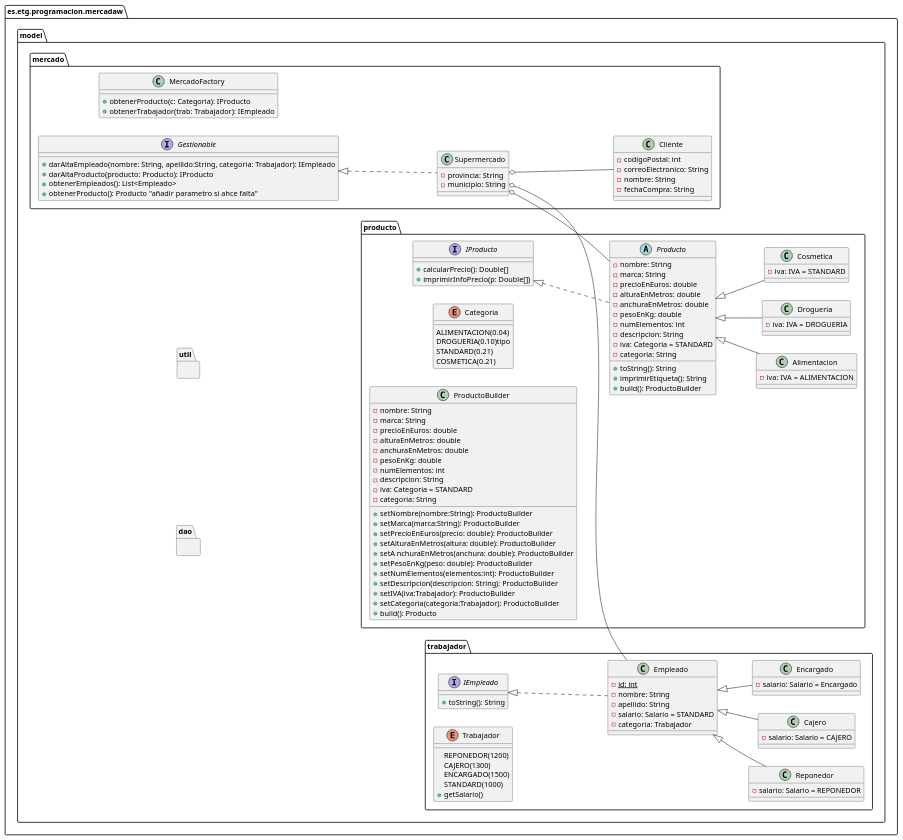
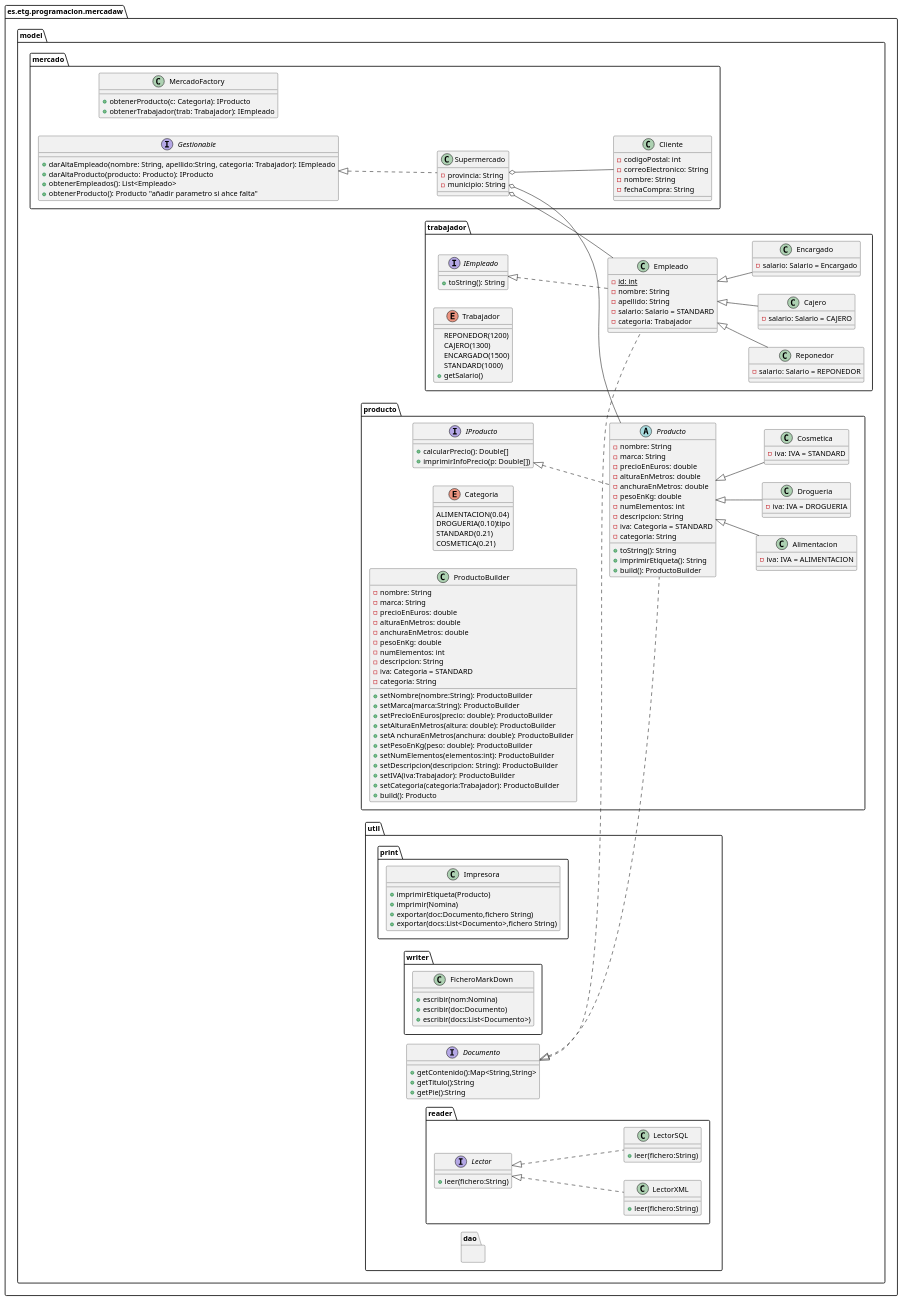
Before and after one commit to Edsonbs/MercaDAW: the first of 2 diagrams in design/DiagramaClases.pu, drawn with PlantUML.

Commit message:
Adición DiagramaClases paquete util

```diff
--- a/design/DiagramaClases.pu
+++ b/design/DiagramaClases.pu
@@ -1,152 +1,185 @@
 @startuml Diagrama clases Mercado
 set separator none
 left to right direction
 package es.etg.programacion.mercadaw{
     package model{
         package mercado{
             class Supermercado{
                     -provincia: String
                     -municipio: String
             }       
 
             
             class Cliente{
                 -codigoPostal: int
                 -correoElectronico: String
                 -nombre: String
                 -fechaCompra: String
             }
             
             
             class MercadoFactory{
                 +obtenerProducto(c: Categoria): IProducto
                 +obtenerTrabajador(trab: Trabajador): IEmpleado
             }
             interface Gestionable{
                 +darAltaEmpleado(nombre: String, apellido:String, categoria: Trabajador): IEmpleado
                 +darAltaProducto(producto: Producto): IProducto
                 +obtenerEmpleados(): List<Empleado>
                 +obtenerProducto(): Producto "añadir parametro si ahce falta"
 
             }
         }
             package producto{
                 abstract Producto{
                     -nombre: String
                     -marca: String
                     -precioEnEuros: double
                     -alturaEnMetros: double
                     -anchuraEnMetros: double
                     -pesoEnKg: double
                     -numElementos: int
                     -descripcion: String
                     -iva: Categoria = STANDARD
                     -categoria: String
                     +toString(): String
                     +imprimirEtiqueta(): String
                     +build(): ProductoBuilder
                 }
 
                 interface IProducto{
                     +calcularPrecio(): Double[]
                     +imprimirInfoPrecio(p: Double[])
                 }
                 
                 class Alimentacion{
                     -iva: IVA = ALIMENTACION
                 }
                 class Drogueria{
                     -iva: IVA = DROGUERIA
                 }
 
                 class Cosmetica{
                     -iva: IVA = STANDARD
                 }
                 enum Categoria{
                 ALIMENTACION(0.04)
                 DROGUERIA(0.10)tipo
                 STANDARD(0.21)
                 COSMETICA(0.21)
 
                 }
                 class ProductoBuilder{
                 -nombre: String
                 -marca: String
                 -precioEnEuros: double
                 -alturaEnMetros: double
                 -anchuraEnMetros: double
                 -pesoEnKg: double
                 -numElementos: int
                 -descripcion: String
                 -iva: Categoria = STANDARD
                 -categoria: String
                 +setNombre(nombre:String): ProductoBuilder
                 +setMarca(marca:String): ProductoBuilder
                 +setPrecioEnEuros(precio: double): ProductoBuilder
                 +setAlturaEnMetros(altura: double): ProductoBuilder
                 +setA nchuraEnMetros(anchura: double): ProductoBuilder
                 +setPesoEnKg(peso: double): ProductoBuilder
                 +setNumElementos(elementos:int): ProductoBuilder
                 +setDescripcion(descripcion: String): ProductoBuilder
                 +setIVA(iva:Trabajador): ProductoBuilder
                 +setCategoria(categoria:Trabajador): ProductoBuilder
                 +build(): Producto
                 }
             }
             package trabajador{
                 class Empleado{
                     -{static} id: int
                     -nombre: String
                     -apellido: String
                     -salario: Salario = STANDARD
                     -categoria: Trabajador
                 }
                 class Reponedor{
                     -salario: Salario = REPONEDOR
                 }
                 class Cajero{
                     -salario: Salario = CAJERO
                 }
                 class Encargado{
                     -salario: Salario = Encargado
                 }
 
                 interface IEmpleado{
                     +toString(): String
                 }
                 enum Trabajador {
                     REPONEDOR(1200)
                     CAJERO(1300)
                     ENCARGADO(1500)
                     STANDARD(1000)
                     +getSalario()
                 }
             }
         
         package util{
-
-        }
+            interface Documento{
+                +getContenido():Map<String,String>
+                +getTitulo():String
+                +getPie():String
+            }
+            package print{
+                class Impresora{
+                    +imprimirEtiqueta(Producto)
+                    +imprimir(Nomina)
+                    +exportar(doc:Documento,fichero String)
+                    +exportar(docs:List<Documento>,fichero String)
+                }
+            }
+            package writer{
+                class FicheroMarkDown{
+                    +escribir(nom:Nomina)
+                    +escribir(doc:Documento)
+                    +escribir(docs:List<Documento>)
+                }
+            }
+            package reader{
+                interface Lector{
+                    +leer(fichero:String)
+                }
+                class LectorXML{
+                    +leer(fichero:String)
+                }
+                class LectorSQL{
+                    +leer(fichero:String)
+                }
+                Lector <|.. LectorXML
+                Lector <|.. LectorSQL
+            }
+        Documento <|.. Producto
+        Documento <|.. Empleado
         package dao{
              
         }
             
             
 
-        }   
+    }   
 }  
 
 Supermercado o-- Producto
 Supermercado o-- Empleado
 Supermercado o-- Cliente
 IProducto <|.. Producto
 Producto <|-- Alimentacion
 Producto <|-- Drogueria
 Producto <|-- Cosmetica
 Empleado <|-- Reponedor
 Empleado <|-- Cajero
 Empleado <|-- Encargado
 Gestionable <|.. Supermercado
 IEmpleado <|.. Empleado
 
 
 @enduml
```
